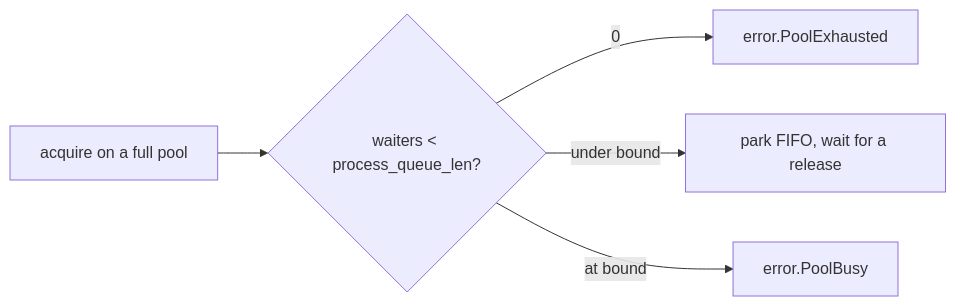
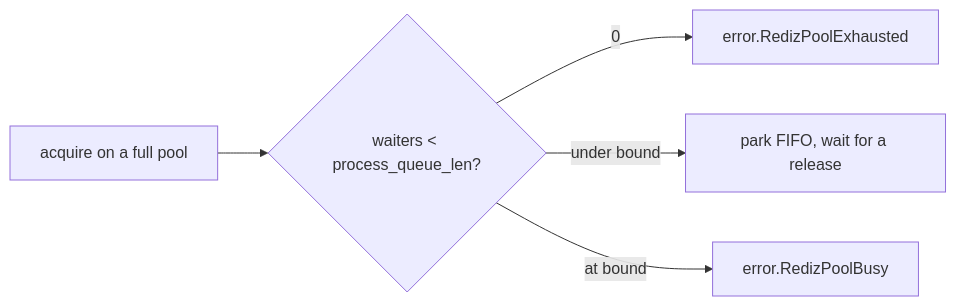
One commit to prothegee/zix changed the diagram in docs/driver/rediz/config-en.md. Above: the diagram before and after it, drawn with Mermaid. The commit also changed other lines of this file and 410 other files, not shown here.

````diff
--- a/docs/driver/rediz/config-en.md
+++ b/docs/driver/rediz/config-en.md
@@ -86,7 +86,7 @@
 ```mermaid
 flowchart LR
     acq[acquire on a full pool] --> q{waiters < process_queue_len?}
-    q -->|0| shed0[error.PoolExhausted]
+    q -->|0| shed0[error.RedizPoolExhausted]
     q -->|under bound| park[park FIFO, wait for a release]
-    q -->|at bound| shed1[error.PoolBusy]
+    q -->|at bound| shed1[error.RedizPoolBusy]
 ```
````
